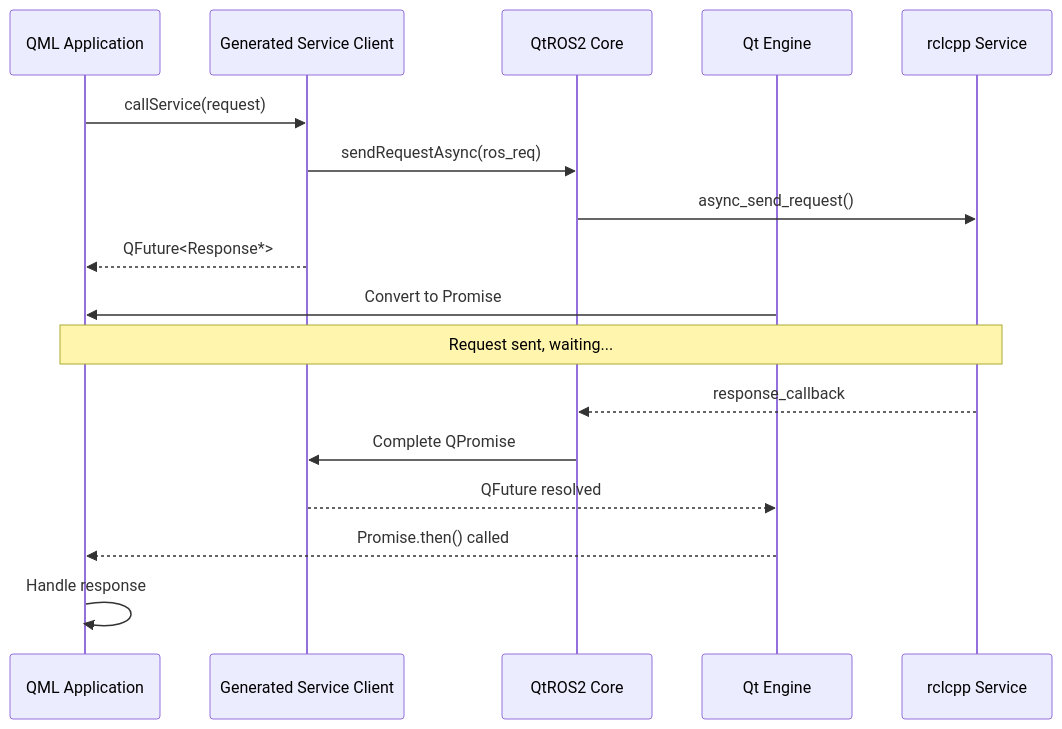
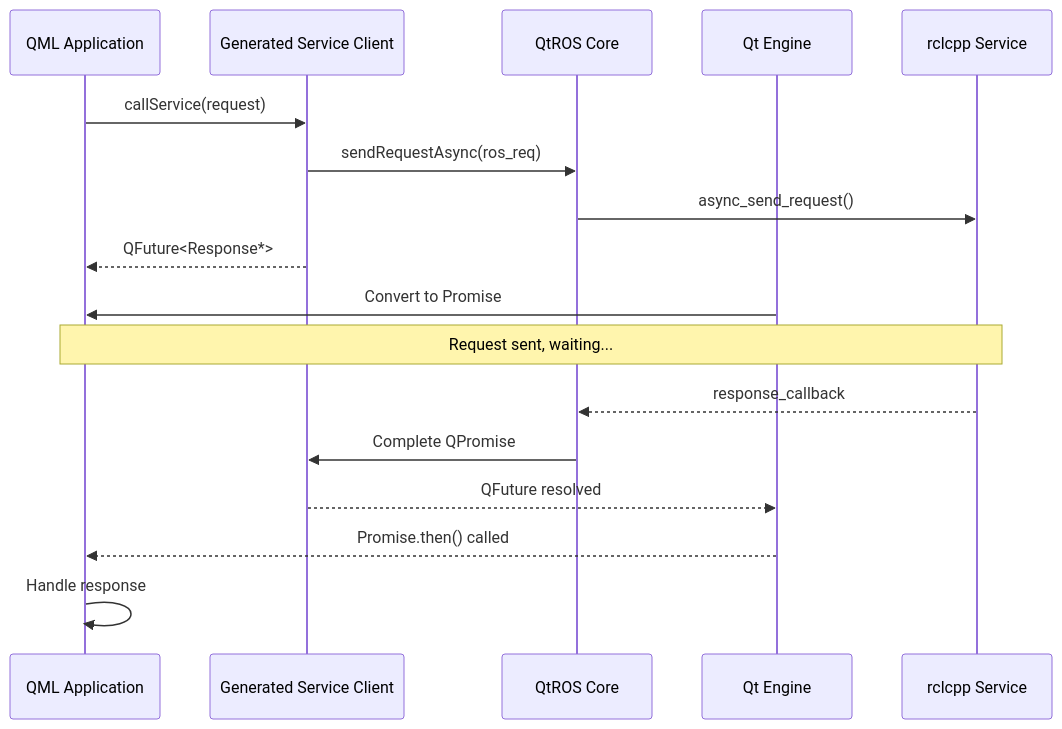
One commit to TheQtCompanyRnD/qtros changed the fourth of 6 diagrams in README.md. Above: the diagram before and after it, drawn with Mermaid. The commit also changed other lines of this file, not shown here.

````diff
--- a/README.md
+++ b/README.md
@@ -728,22 +889,22 @@
 ```mermaid
 sequenceDiagram
     participant QML as QML Application
     participant Client as Generated Service Client
-    participant Core as QtROS2 Core
+    participant Core as QtROS Core
     participant Qt as Qt Engine
     participant ROS as rclcpp Service
 
     QML->>Client: callService(request)
     Client->>Core: sendRequestAsync(ros_req)
     Core->>ROS: async_send_request()
     Client-->>QML: QFuture<Response*>
     Qt->>QML: Convert to Promise
     
     Note over QML,ROS: Request sent, waiting...
     
     ROS-->>Core: response_callback
     Core->>Client: Complete QPromise
     Client-->>Qt: QFuture resolved
     Qt-->>QML: Promise.then() called
     QML->>QML: Handle response
 ```
````
